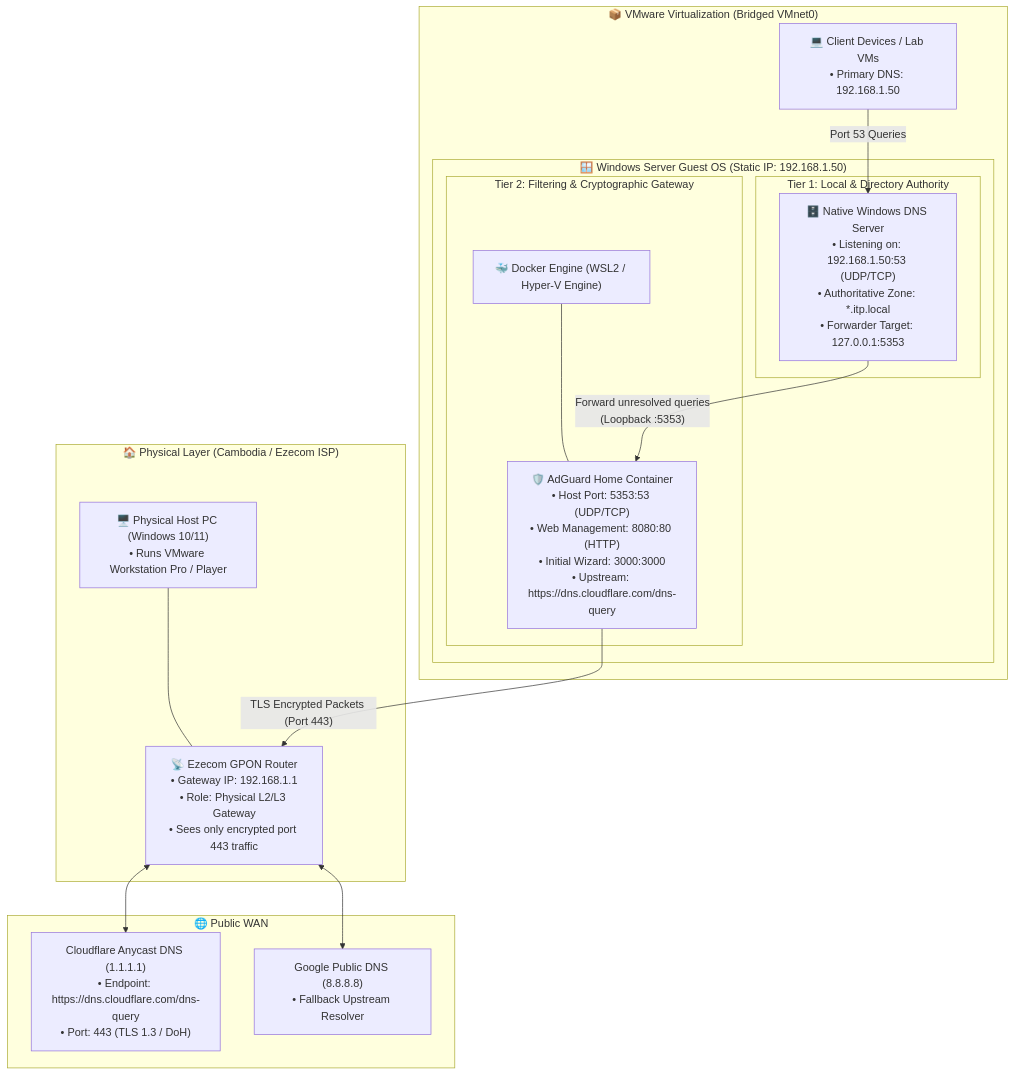
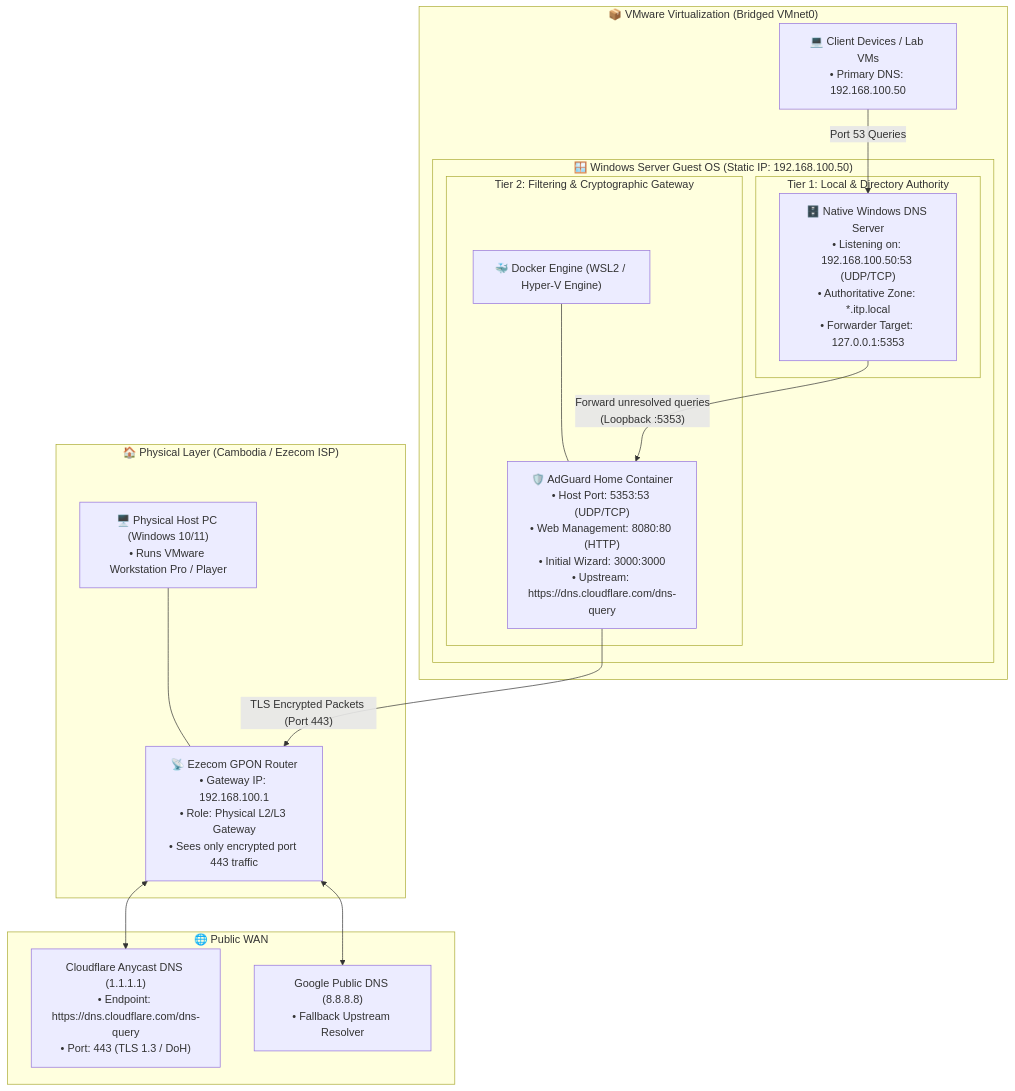
Before and after one commit to seang454/window-server-deploymennt: the first of 2 diagrams in dns-architecture.md, drawn with Mermaid. The commit also changed other lines of this file and 1 other file, not shown here.

````diff
--- a/dns-architecture.md
+++ b/dns-architecture.md
@@ -26,38 +26,38 @@
 ```mermaid
 flowchart TD
     subgraph Internet ["🌐 Public WAN"]
         Cloudflare["Cloudflare Anycast DNS (1.1.1.1)\n• Endpoint: https://dns.cloudflare.com/dns-query\n• Port: 443 (TLS 1.3 / DoH)"]
         Google["Google Public DNS (8.8.8.8)\n• Fallback Upstream Resolver"]
     end
 
     subgraph PhysicalEnvironment ["🏠 Physical Layer (Cambodia / Ezecom ISP)"]
-        EzecomGPON["📡 Ezecom GPON Router\n• Gateway IP: 192.168.1.1\n• Role: Physical L2/L3 Gateway\n• Sees only encrypted port 443 traffic"]
+        EzecomGPON["📡 Ezecom GPON Router\n• Gateway IP: 192.168.100.1\n• Role: Physical L2/L3 Gateway\n• Sees only encrypted port 443 traffic"]
         PhysicalHost["🖥️ Physical Host PC (Windows 10/11)\n• Runs VMware Workstation Pro / Player"]
     end
 
     subgraph VMwareLayer ["📦 VMware Virtualization (Bridged VMnet0)"]
-        subgraph WinServerVM ["🪟 Windows Server Guest OS (Static IP: 192.168.1.50)"]
+        subgraph WinServerVM ["🪟 Windows Server Guest OS (Static IP: 192.168.100.50)"]
             
             subgraph Tier1 ["Tier 1: Local & Directory Authority"]
-                WinDNS["🗄️ Native Windows DNS Server\n• Listening on: 192.168.1.50:53 (UDP/TCP)\n• Authoritative Zone: *.itp.local\n• Forwarder Target: 127.0.0.1:5353"]
+                WinDNS["🗄️ Native Windows DNS Server\n• Listening on: 192.168.100.50:53 (UDP/TCP)\n• Authoritative Zone: *.itp.local\n• Forwarder Target: 127.0.0.1:5353"]
             end
 
             subgraph Tier2 ["Tier 2: Filtering & Cryptographic Gateway"]
                 DockerDaemon["🐳 Docker Engine (WSL2 / Hyper-V Engine)"]
                 AdGuard["🛡️ AdGuard Home Container\n• Host Port: 5353:53 (UDP/TCP)\n• Web Management: 8080:80 (HTTP)\n• Initial Wizard: 3000:3000\n• Upstream: https://dns.cloudflare.com/dns-query"]
                 DockerDaemon --- AdGuard
             end
 
             WinDNS -- "Forward unresolved queries\n(Loopback :5353)" --> AdGuard
         end
 
-        ClientVM["💻 Client Devices / Lab VMs\n• Primary DNS: 192.168.1.50"]
+        ClientVM["💻 Client Devices / Lab VMs\n• Primary DNS: 192.168.100.50"]
     end
 
     %% Network links
     PhysicalHost --- EzecomGPON
     EzecomGPON <--> Cloudflare
     EzecomGPON <--> Google
     ClientVM -- "Port 53 Queries" --> WinDNS
     AdGuard -- "TLS Encrypted Packets (Port 443)" --> EzecomGPON
 ```
````
